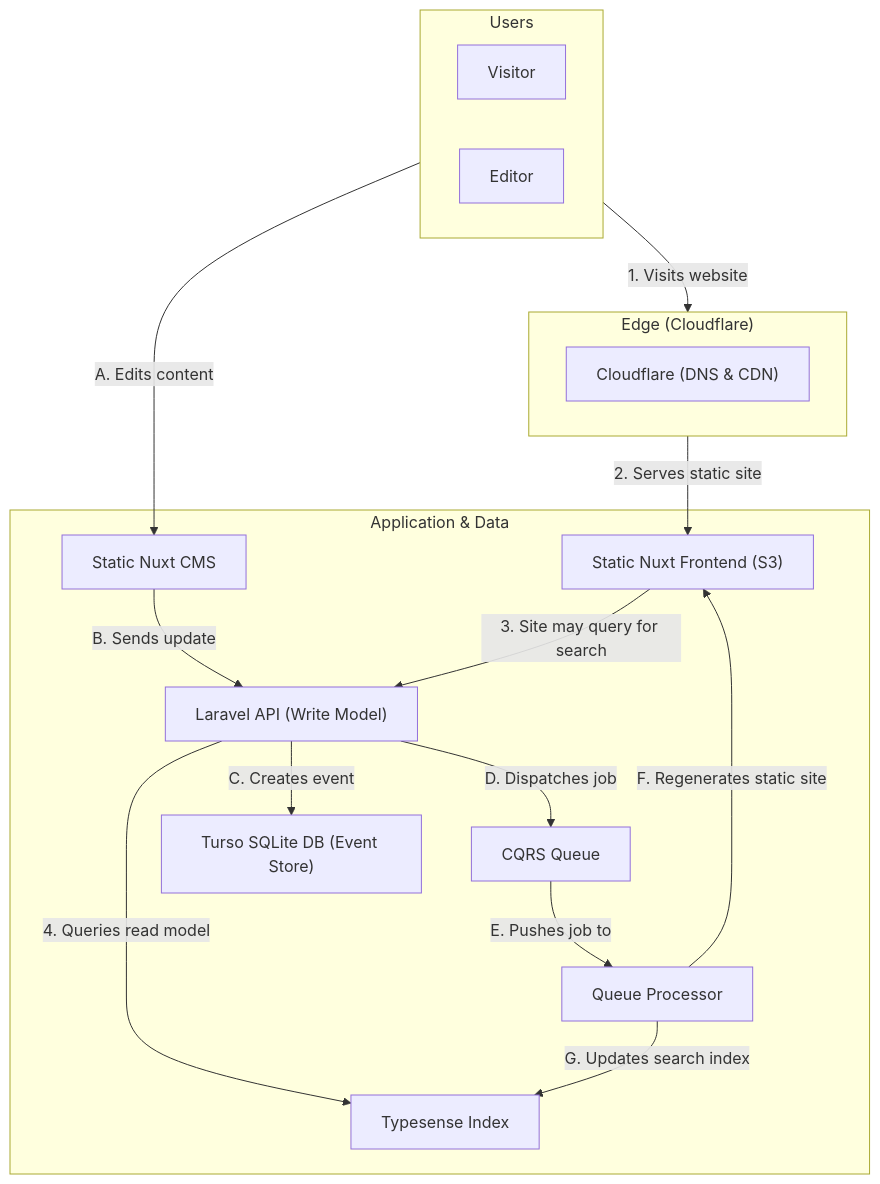
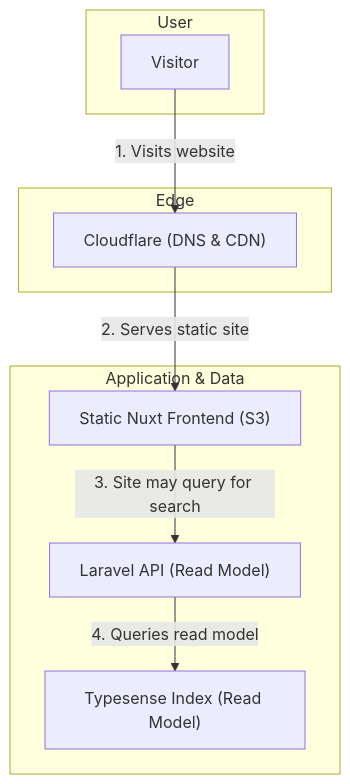
One commit to daim-dev/pitch changed the first of 3 diagrams in slides.md. Above: the diagram before and after it, drawn with Mermaid. The commit also changed other lines of this file, not shown here.

Commit message:
fix(architecture): split the diagram into separate slides

````diff
--- a/slides.md
+++ b/slides.md
@@ -165,40 +167,21 @@
 ```mermaid
 graph TD
-    subgraph "Users"
-        direction LR
+    subgraph "User"
         Visitor
-        Editor
     end
 
-    subgraph "Edge (Cloudflare)"
-        direction LR
+    subgraph "Edge"
         Cloudflare["Cloudflare (DNS & CDN)"]
     end
 
     subgraph "Application & Data"
         S3["Static Nuxt Frontend (S3)"]
-        CMS["Static Nuxt CMS"]
-        API["Laravel API (Write Model)"]
-        Queue["CQRS Queue"]
-        DB["Turso SQLite DB (Event Store)"]
-        Processor["Queue Processor"]
-        Search["Typesense Index"]
+        API["Laravel API (Read Model)"]
+        Search["Typesense Index (Read Model)"]
     end
 
-    %% Visitor Flow (Read)
     Visitor -- "1. Visits website" --> Cloudflare
     Cloudflare -- "2. Serves static site" --> S3
     S3 -- "3. Site may query for search" --> API
     API -- "4. Queries read model" --> Search
-
-    %% Editor Flow (Write)
-    Editor -- "A. Edits content" --> CMS
-    CMS -- "B. Sends update" --> API
-    API -- "C. Creates event" --> DB
-    API -- "D. Dispatches job" --> Queue
-    
-    %% Background Processing (CQRS)
-    Queue -- "E. Pushes job to" --> Processor
-    Processor -- "F. Regenerates static site" --> S3
-    Processor -- "G. Updates search index" --> Search
 ```
````
